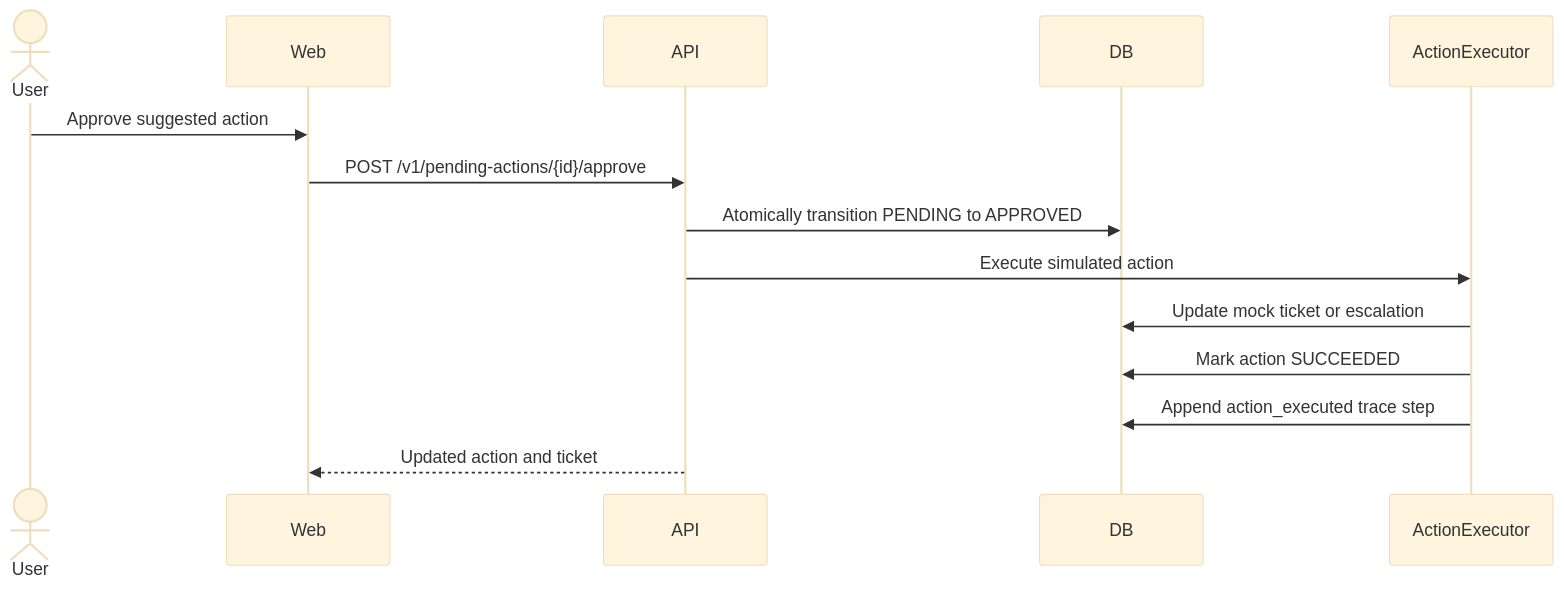
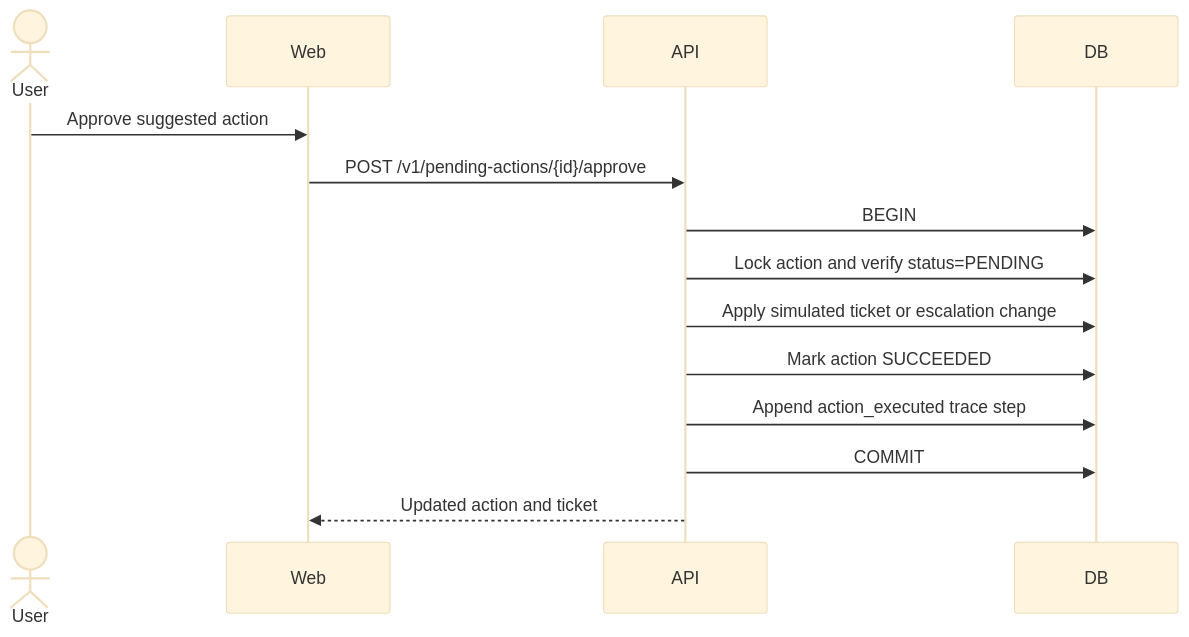
Before and after one commit to wye-ts/opspilot: the fourth of 9 diagrams in docs/03-technical-design.md, drawn with Mermaid (base theme). The commit also changed other lines of this file, not shown here.

````diff
--- a/docs/03-technical-design.md
+++ b/docs/03-technical-design.md
@@ -282,17 +313,17 @@
 ```mermaid
 sequenceDiagram
     actor User
     participant Web
     participant API
     participant DB
-    participant ActionExecutor
 
     User->>Web: Approve suggested action
     Web->>API: POST /v1/pending-actions/{id}/approve
-    API->>DB: Atomically transition PENDING to APPROVED
-    API->>ActionExecutor: Execute simulated action
-    ActionExecutor->>DB: Update mock ticket or escalation
-    ActionExecutor->>DB: Mark action SUCCEEDED
-    ActionExecutor->>DB: Append action_executed trace step
+    API->>DB: BEGIN
+    API->>DB: Lock action and verify status=PENDING
+    API->>DB: Apply simulated ticket or escalation change
+    API->>DB: Mark action SUCCEEDED
+    API->>DB: Append action_executed trace step
+    API->>DB: COMMIT
     API-->>Web: Updated action and ticket
 ```
````
